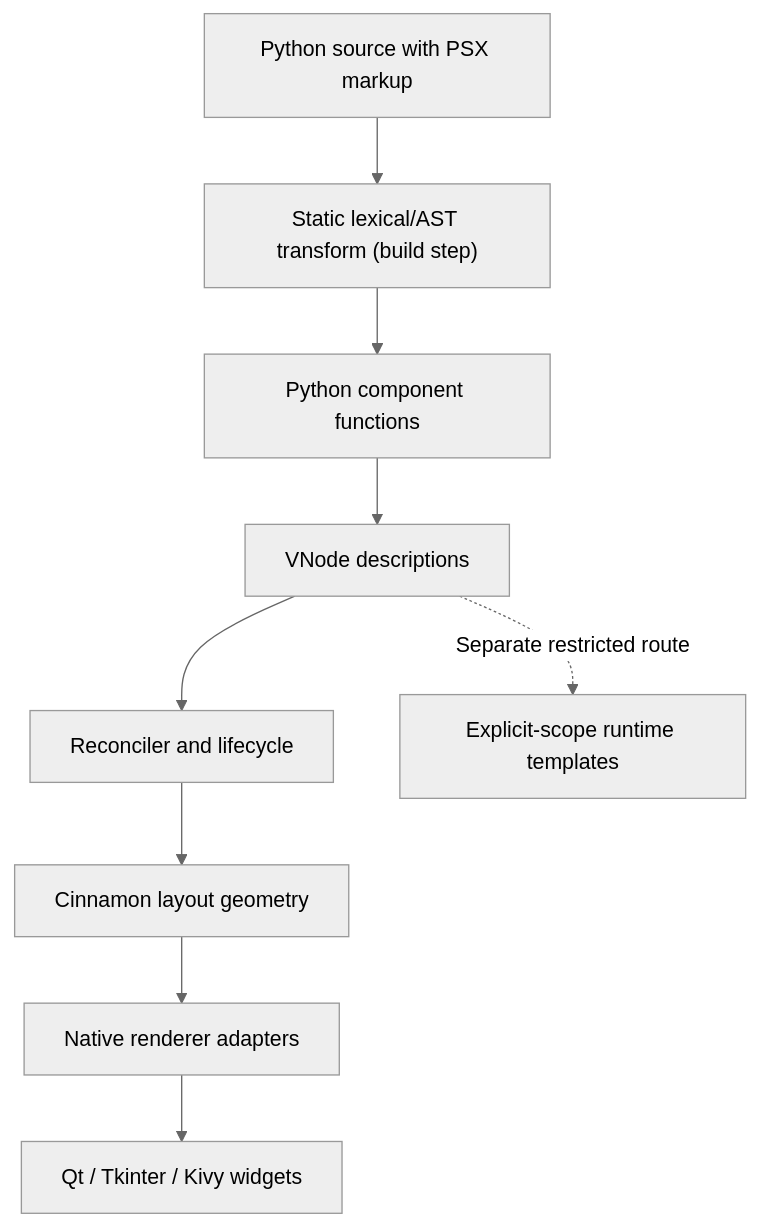
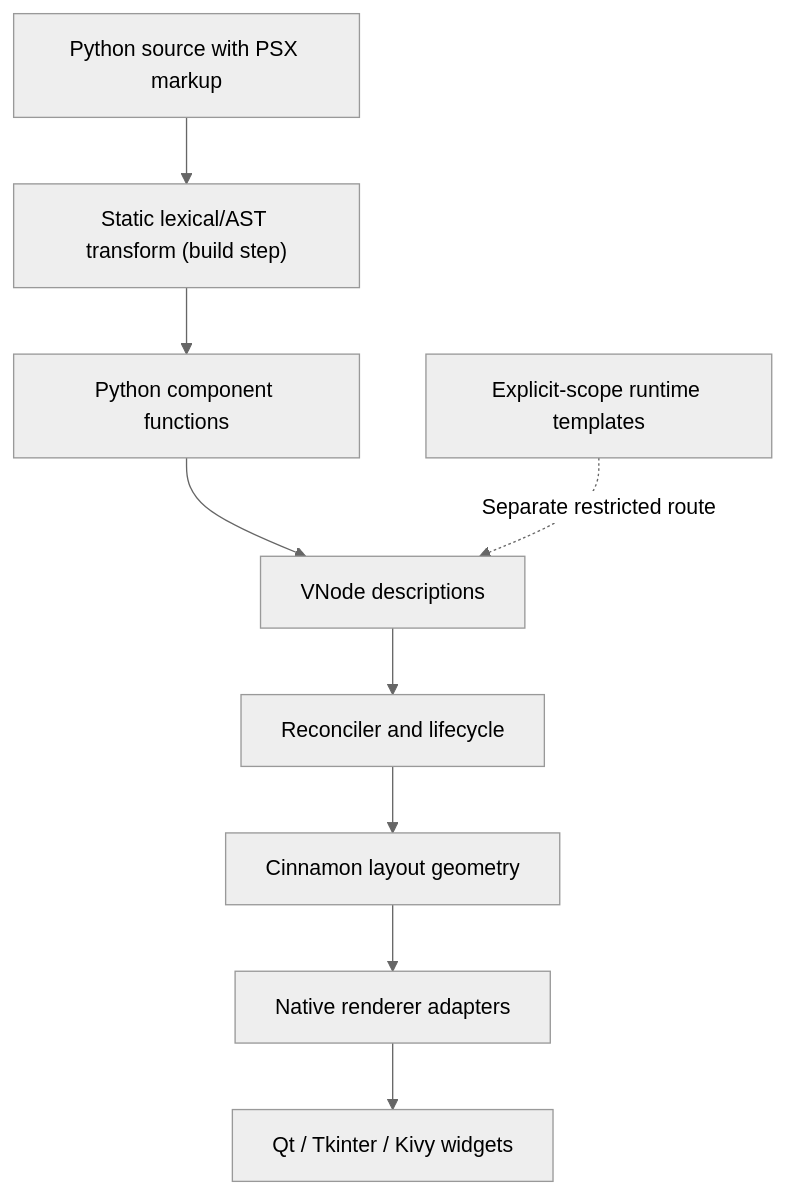
The diagram in docs/public/concepts/architecture.mdx (Neuri-AI/PSX), drawn with Mermaid (neutral theme) before and after one commit. The commit also changed other lines of this file, not shown here.

Commit message:
docs(docs): correct runtime template flow direction in architecture diagram

````diff
--- a/docs/public/concepts/architecture.mdx
+++ b/docs/public/concepts/architecture.mdx
@@ -10,11 +10,11 @@
 ```mermaid
 flowchart TD
   A["Python source with PSX markup"] --> B["Static lexical/AST transform (build step)"]
   B --> C["Python component functions"]
   C --> D["VNode descriptions"]
   D --> E["Reconciler and lifecycle"]
   E --> F["Cinnamon layout geometry"]
   F --> G["Native renderer adapters"]
   G --> H["Qt / Tkinter / Kivy widgets"]
-  D -. "Separate restricted route" .-> I["Explicit-scope runtime templates"]
+  I["Explicit-scope runtime templates"] -. "Separate restricted route" .-> D
 ```
````
